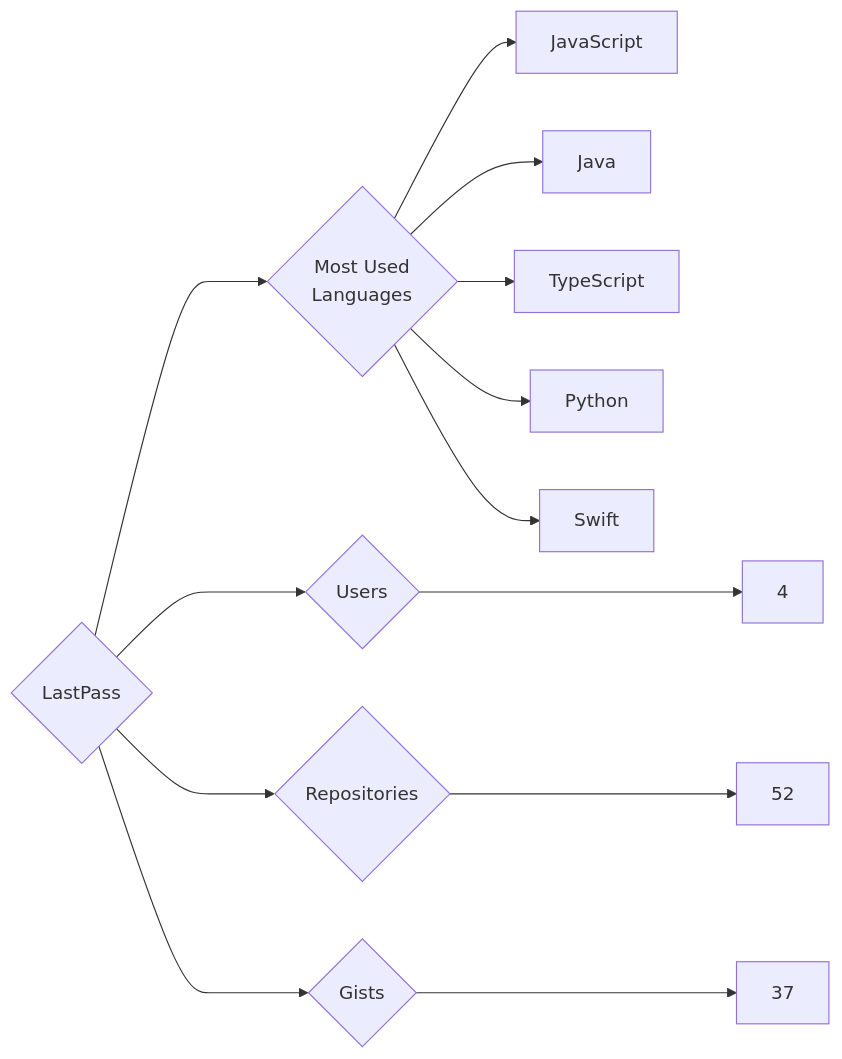
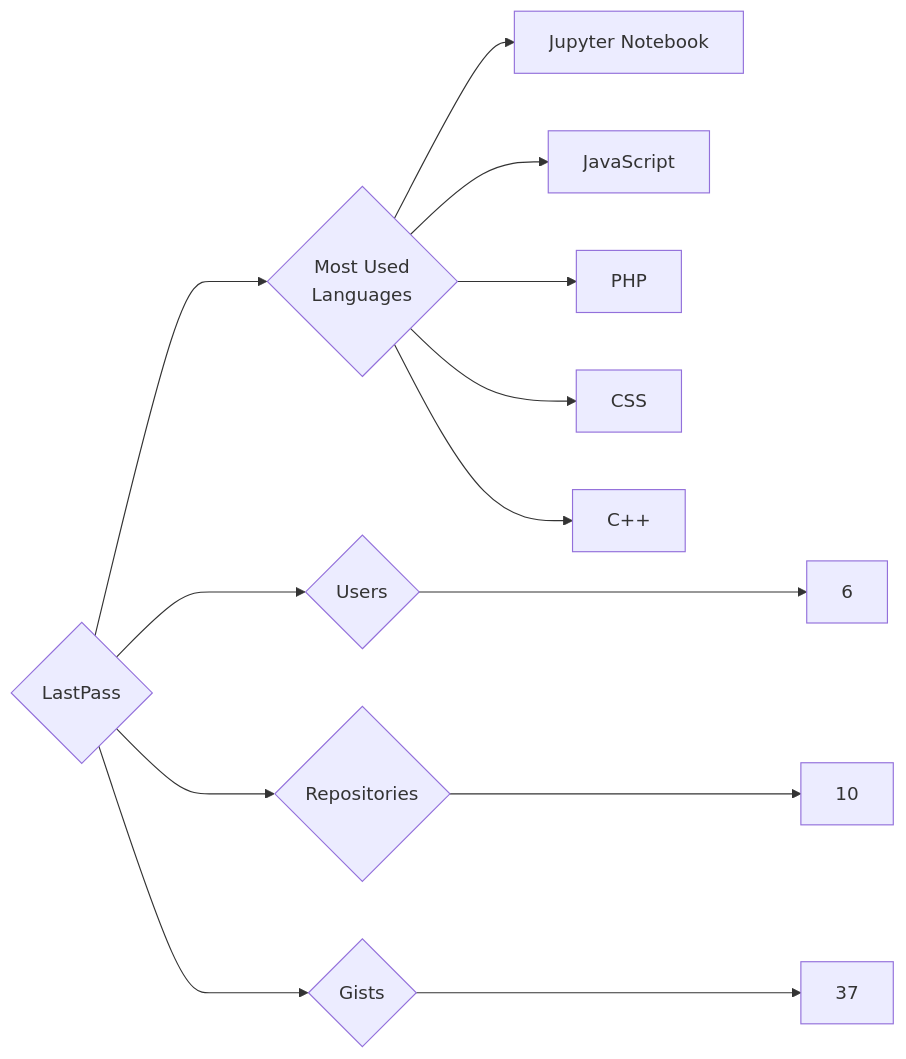
The diagram in targets/LastPass/README.md (trickest/insiders), drawn with Mermaid before and after one commit. The commit also changed 932 other files, not shown here.

````diff
--- a/targets/LastPass/README.md
+++ b/targets/LastPass/README.md
@@ -3,13 +3,13 @@
 ```mermaid
 graph LR
 COMPANY_NAME{LastPass}
-COMPANY_NAME ---> U{Users} ---> UN[4]
-COMPANY_NAME ---> R{Repositories} ---> RN[52]
+COMPANY_NAME ---> U{Users} ---> UN[6]
+COMPANY_NAME ---> R{Repositories} ---> RN[10]
 COMPANY_NAME ---> G{Gists} ---> GN[37]
 COMPANY_NAME ---> ML{Most Used<br>Languages}
+ML --> Jupyter_Notebook[Jupyter Notebook]
 ML --> JavaScript[JavaScript]
-ML --> Java[Java]
-ML --> TypeScript[TypeScript]
-ML --> Python[Python]
-ML --> Swift[Swift]
+ML --> PHP[PHP]
+ML --> CSS[CSS]
+ML --> C++[C++]
 ```
````
